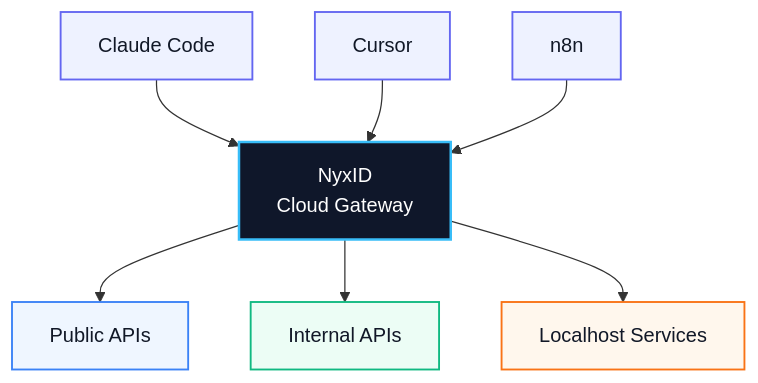
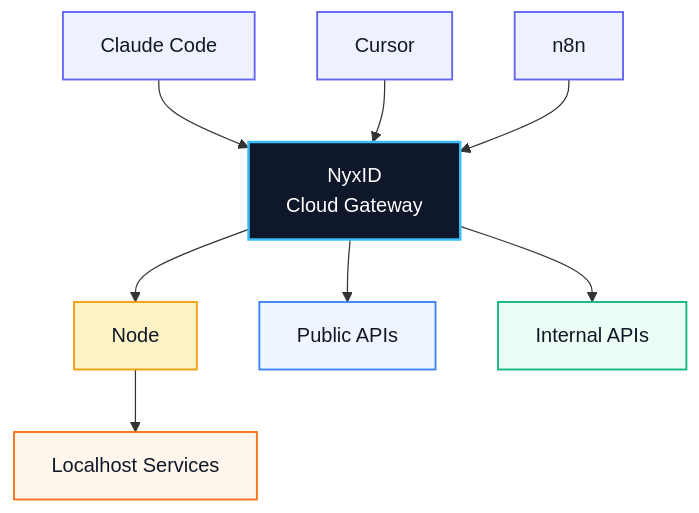
Before and after one commit to yonasBSD/NyxID: the diagram in README.md, drawn with Mermaid. The commit also changed other lines of this file and 1 other file, not shown here.

````diff
--- a/README.md
+++ b/README.md
@@ -14,37 +14,42 @@
 ```mermaid
 flowchart TD
     %% Top clients
     A[Claude Code]
     B[Cursor]
     C[n8n]
 
     %% Gateway
     G[NyxID<br/>Cloud Gateway]
+
+    %% Node
+    N[Node]
 
     %% Destinations
     P[Public APIs]
     I[Internal APIs]
     L[Localhost Services]
 
     %% Flows
     A --> G
     B --> G
     C --> G
 
     G --> P
     G --> I
-    G --> L
+    G --> N --> L
 
     %% Styling
     classDef client fill:#eef2ff,stroke:#6366f1,color:#111827,stroke-width:1.5px;
     classDef gateway fill:#0f172a,stroke:#38bdf8,color:#ffffff,stroke-width:2px;
+    classDef node fill:#fef3c7,stroke:#f59e0b,color:#111827,stroke-width:1.5px;
     classDef public fill:#eff6ff,stroke:#3b82f6,color:#111827,stroke-width:1.5px;
     classDef internal fill:#ecfdf5,stroke:#10b981,color:#111827,stroke-width:1.5px;
     classDef local fill:#fff7ed,stroke:#f97316,color:#111827,stroke-width:1.5px;
 
     class A,B,C client;
     class G gateway;
+    class N node;
     class P public;
     class I internal;
     class L local;
 ```
````
